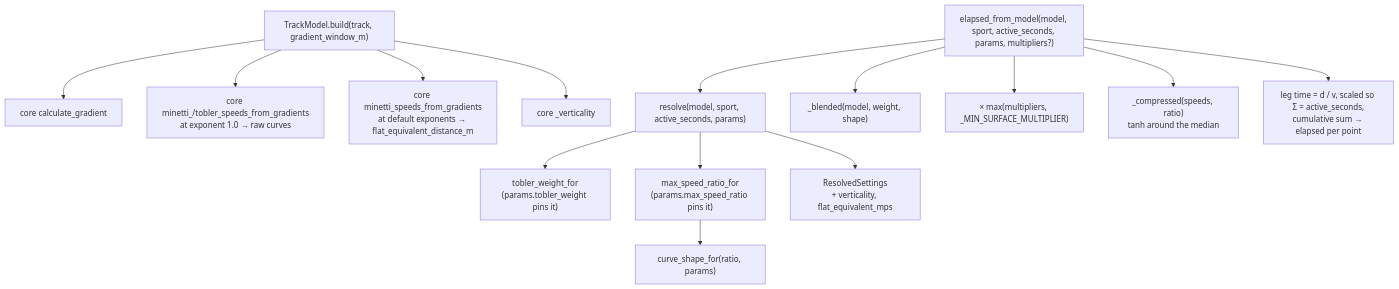
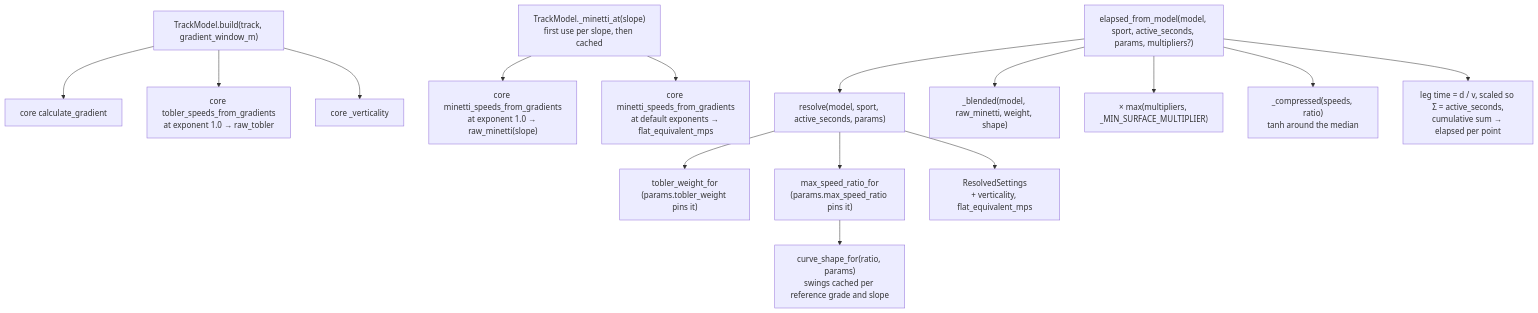
The tenth of 16 diagrams in docs/TUNING_ARCHITECTURE.md (martin-iflap/GPX_to_FIT), drawn with Mermaid before and after one commit. The commit also changed other lines of this file and 5 other files, not shown here.

Commit message:
Params changes and a new tuning knob for Minetti curve + fixes.

````diff
--- a/docs/TUNING_ARCHITECTURE.md
+++ b/docs/TUNING_ARCHITECTURE.md
@@ -451,18 +467,19 @@
 ```mermaid
 flowchart TD
   tmb["TrackModel.build(track, gradient_window_m)"] --> cg["core calculate_gradient"]
-  tmb --> raw["core minetti_/tobler_speeds_from_gradients<br/>at exponent 1.0 → raw curves"]
-  tmb --> probe["core minetti_speeds_from_gradients<br/>at default exponents → flat_equivalent_distance_m"]
+  tmb --> raw["core tobler_speeds_from_gradients<br/>at exponent 1.0 → raw_tobler"]
   tmb --> vert["core _verticality"]
+  mat["TrackModel._minetti_at(slope)<br/>first use per slope, then cached"] --> rawm["core minetti_speeds_from_gradients<br/>at exponent 1.0 → raw_minetti(slope)"]
+  mat --> probe["core minetti_speeds_from_gradients<br/>at default exponents → flat_equivalent_mps"]
 
   efm["elapsed_from_model(model, sport, active_seconds, params, multipliers?)"]
   efm --> res["resolve(model, sport, active_seconds, params)"]
   res --> tw["tobler_weight_for<br/>(params.tobler_weight pins it)"]
   res --> msr["max_speed_ratio_for<br/>(params.max_speed_ratio pins it)"]
-  msr --> csf["curve_shape_for(ratio, params)"]
+  msr --> csf["curve_shape_for(ratio, params)<br/>swings cached per reference grade and slope"]
   res --> RS["ResolvedSettings<br/>+ verticality, flat_equivalent_mps"]
-  efm --> bl["_blended(model, weight, shape)"]
+  efm --> bl["_blended(model, raw_minetti, weight, shape)"]
   efm --> mul["× max(multipliers, _MIN_SURFACE_MULTIPLIER)"]
   efm --> cmpd["_compressed(speeds, ratio)<br/>tanh around the median"]
   efm --> scale["leg time = d / v, scaled so Σ = active_seconds,<br/>cumulative sum → elapsed per point"]
 ```
````
